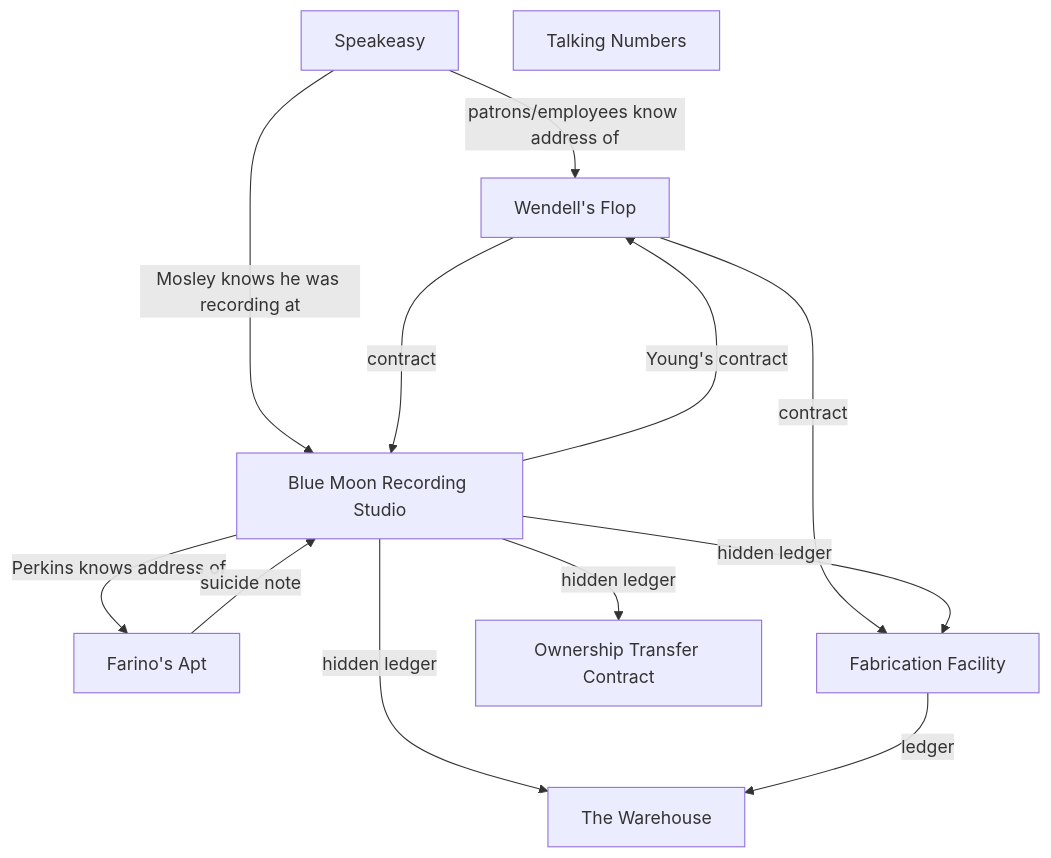
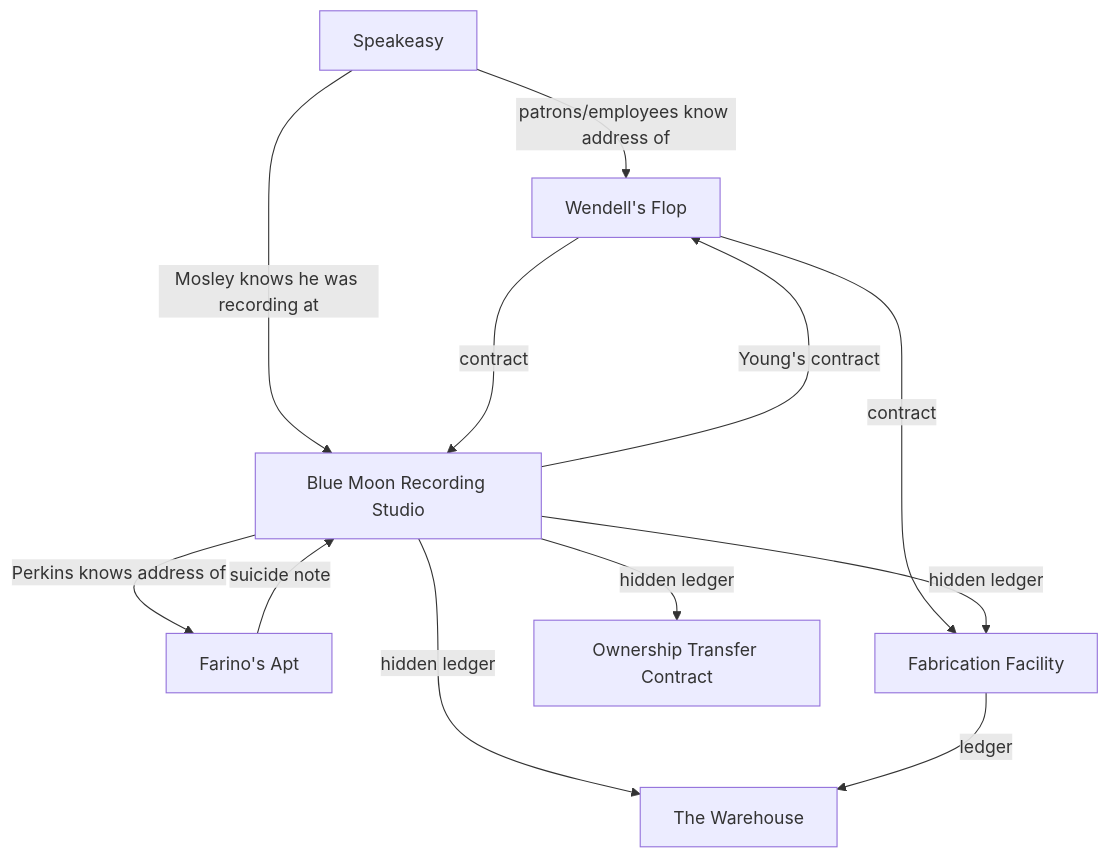
One commit to lhayhurst/harlem-unbound changed the second of 2 diagrams in that-jazz-craze/scene-map.md. Above: the diagram before and after it, drawn with Mermaid.

Commit message:
removed talking numbers

````diff
--- a/that-jazz-craze/scene-map.md
+++ b/that-jazz-craze/scene-map.md
@@ -11,26 +11,25 @@
 ```mermaid
 graph TD;
     Speakeasy;
     WendellApt["Wendell's Flop"];
     FarinoApt["Farino's Apt"];
-    TalkingNumbers["Talking Numbers"]
     RecordStudio["Blue Moon Recording Studio"];
     ProdFact["Fabrication Facility"];
     Warehouse["The Warehouse"];
     HandoutOwnershipTransfer["Ownership Transfer Contract"]
     
     Speakeasy -- patrons/employees know address of --> WendellApt;
     Speakeasy -- Mosley knows he was recording at --> RecordStudio
 
     WendellApt -- contract ---> RecordStudio
     WendellApt -- contract ---> ProdFact
 
     RecordStudio -- Young's contract --> WendellApt;
     RecordStudio -- Perkins knows address of --> FarinoApt;
 
     RecordStudio -- hidden ledger --> ProdFact & Warehouse & HandoutOwnershipTransfer;   
     
     FarinoApt -- suicide note --> RecordStudio
     
     ProdFact -- ledger --> Warehouse
 ```
````
